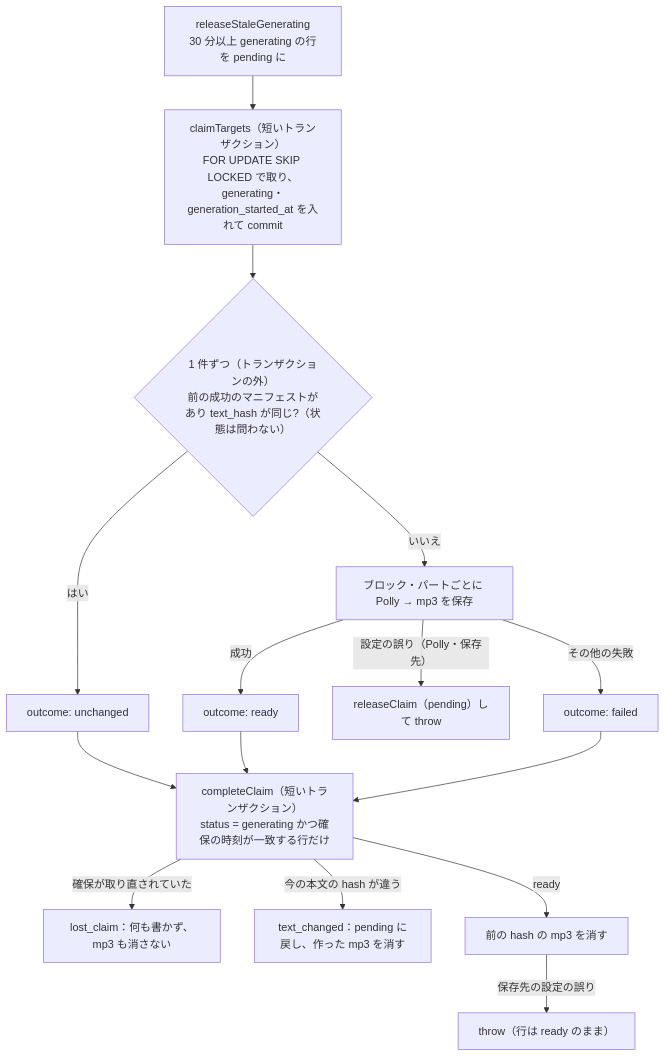
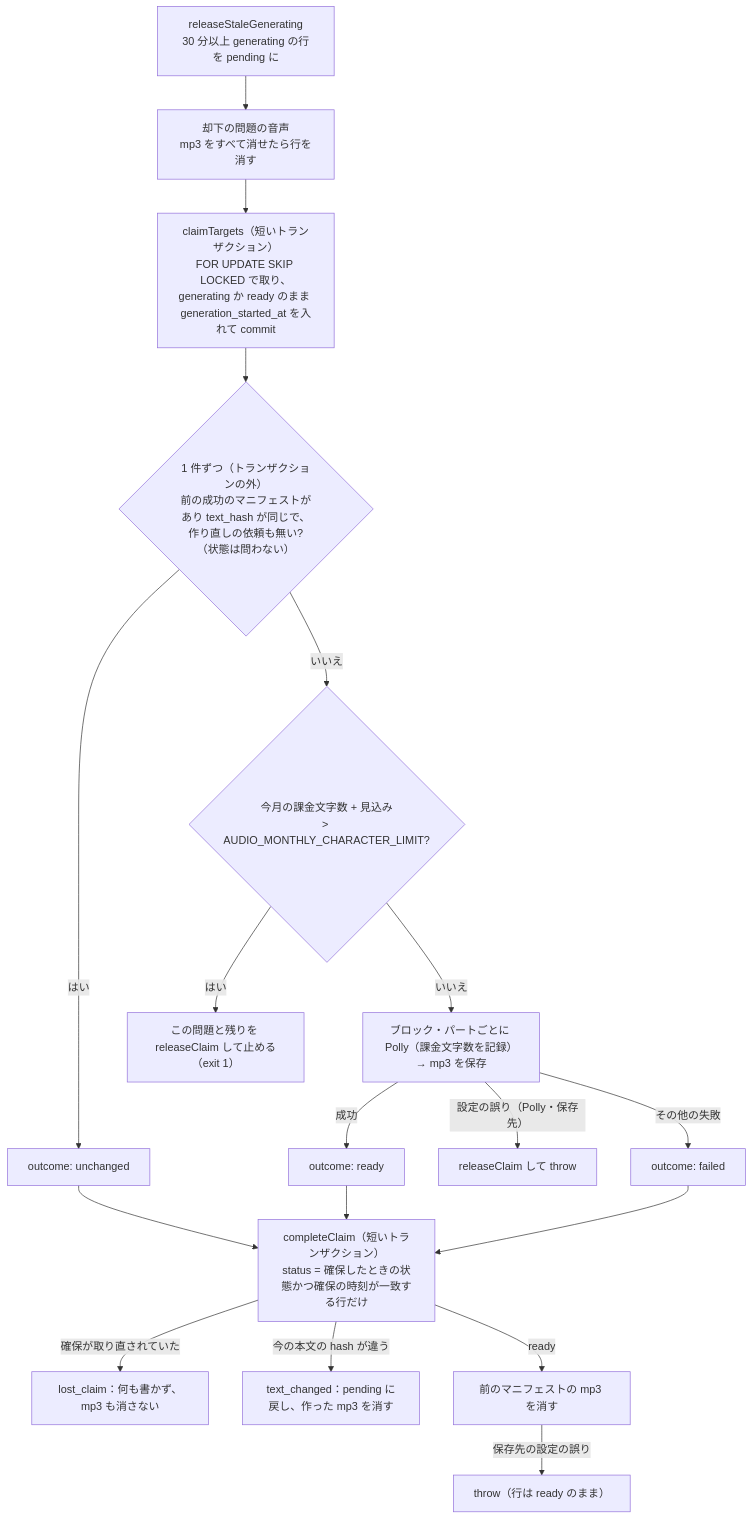
The diagram in docs/spec/read-aloud/tasks/step3-cron-generate-audio.md (kentakki416/tech-english), drawn with Mermaid before and after one commit. The commit also changed other lines of this file and 84 other files, not shown here.

````diff
--- a/docs/spec/read-aloud/tasks/step3-cron-generate-audio.md
+++ b/docs/spec/read-aloud/tasks/step3-cron-generate-audio.md
@@ -28,17 +31,20 @@
 ```mermaid
 flowchart TD
-    A["releaseStaleGenerating<br/>30 分以上 generating の行を pending に"] --> B["claimTargets（短いトランザクション）<br/>FOR UPDATE SKIP LOCKED で取り、generating・generation_started_at を入れて commit"]
-    B --> C{"1 件ずつ（トランザクションの外）<br/>前の成功のマニフェストがあり text_hash が同じ?（状態は問わない）"}
+    A["releaseStaleGenerating<br/>30 分以上 generating の行を pending に"] --> P["却下の問題の音声<br/>mp3 をすべて消せたら行を消す"]
+    P --> B["claimTargets（短いトランザクション）<br/>FOR UPDATE SKIP LOCKED で取り、generating か ready のまま generation_started_at を入れて commit"]
+    B --> C{"1 件ずつ（トランザクションの外）<br/>前の成功のマニフェストがあり text_hash が同じで、作り直しの依頼も無い?（状態は問わない）"}
     C -- はい --> U[outcome: unchanged]
-    C -- いいえ --> E["ブロック・パートごとに Polly → mp3 を保存"]
+    C -- いいえ --> M{"今月の課金文字数 + 見込み<br/>> AUDIO_MONTHLY_CHARACTER_LIMIT?"}
+    M -- はい --> Z["この問題と残りを releaseClaim して止める（exit 1）"]
+    M -- いいえ --> E["ブロック・パートごとに Polly（課金文字数を記録）→ mp3 を保存"]
     E -- 成功 --> R[outcome: ready]
-    E -- 設定の誤り（Polly・保存先） --> X["releaseClaim（pending）して throw"]
+    E -- 設定の誤り（Polly・保存先） --> X["releaseClaim して throw"]
     E -- その他の失敗 --> F[outcome: failed]
-    U --> W["completeClaim（短いトランザクション）<br/>status = generating かつ確保の時刻が一致する行だけ"]
+    U --> W["completeClaim（短いトランザクション）<br/>status = 確保したときの状態かつ確保の時刻が一致する行だけ"]
     R --> W
     F --> W
     W -- 確保が取り直されていた --> L["lost_claim：何も書かず、mp3 も消さない"]
     W -- 今の本文の hash が違う --> T["text_changed：pending に戻し、作った mp3 を消す"]
-    W -- ready --> D["前の hash の mp3 を消す"]
+    W -- ready --> D["前のマニフェストの mp3 を消す"]
     D -- 保存先の設定の誤り --> Y["throw（行は ready のまま）"]
 ```
````
